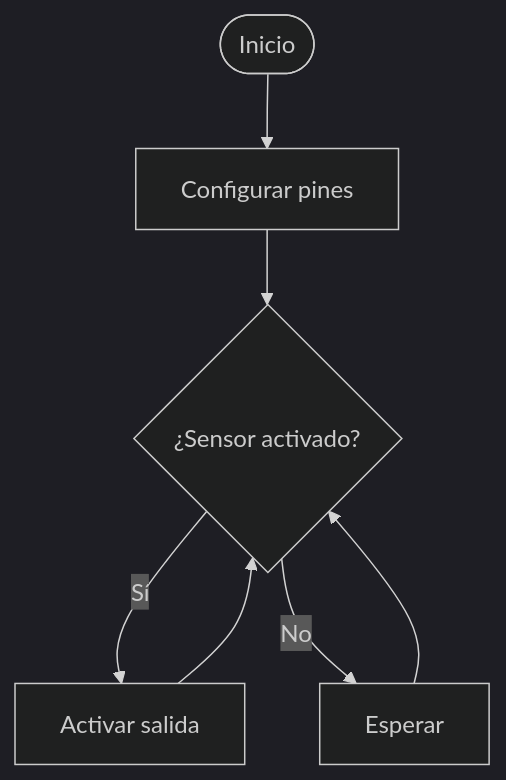
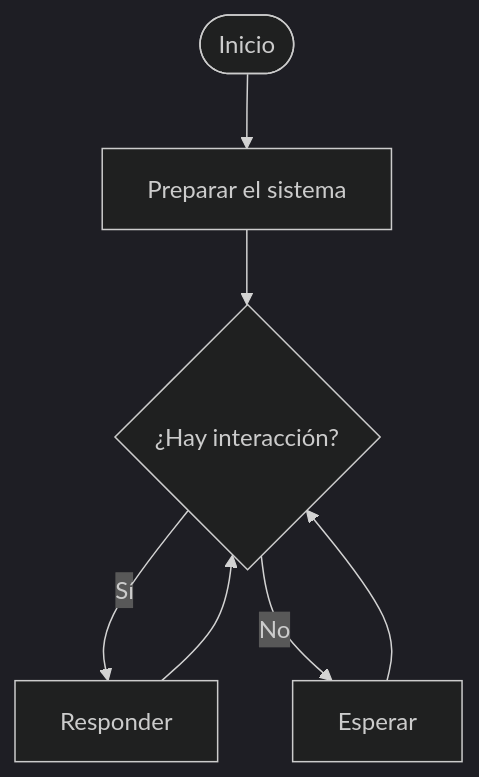
Before and after one commit to clifford1one-corteEstudioso/ay-dis09221-2026-2: the diagram in examen/plantilla.md, drawn with Mermaid (dark theme). The commit also changed other lines of this file and 9 other files, not shown here.

````diff
--- a/examen/plantilla.md
+++ b/examen/plantilla.md
@@ -50,9 +136,9 @@
 ```mermaid
 flowchart TD
-    A([Inicio]) --> B[Configurar pines]
-    B --> C{¿Sensor activado?}
-    C -- Sí --> D[Activar salida]
+    A([Inicio]) --> B[Preparar el sistema]
+    B --> C{¿Hay interacción?}
+    C -- Sí --> D[Responder]
     C -- No --> E[Esperar]
     D --> C
     E --> C
 ```
````
